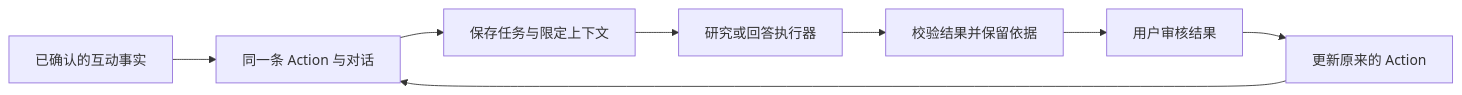
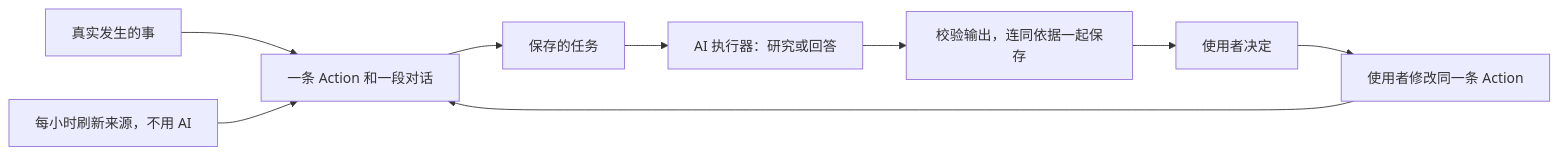
Before and after one commit to Zeeekrom/lifeops-atlas-showcase: the first of 2 diagrams in README.zh-CN.md, drawn with Mermaid. The commit also changed other lines of this file and 4 other files, not shown here.

````diff
--- a/README.zh-CN.md
+++ b/README.zh-CN.md
@@ -73,10 +103,11 @@
 ```mermaid
 flowchart LR
-    E["已确认的互动事实"] --> A["同一条 Action 与对话"]
-    A --> Q["保存任务与限定上下文"]
-    Q --> R["研究或回答执行器"]
-    R --> V["校验结果并保留依据"]
-    V --> H["用户审核结果"]
-    H --> U["更新原来的 Action"]
+    E[真实发生的事] --> A[一条 Action 和一段对话]
+    S[每小时刷新来源，不用 AI] --> A
+    A --> J[保存的任务]
+    J --> W[AI 执行器：研究或回答]
+    W --> V[校验输出，连同依据一起保存]
+    V --> O[使用者决定]
+    O --> U[使用者修改同一条 Action]
     U --> A
 ```
````
